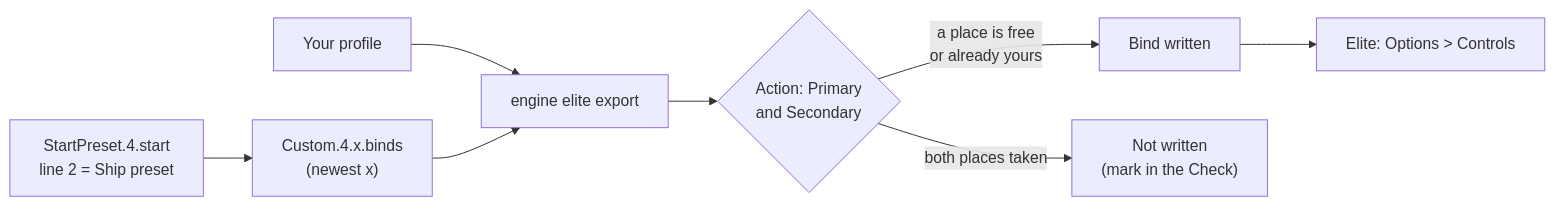
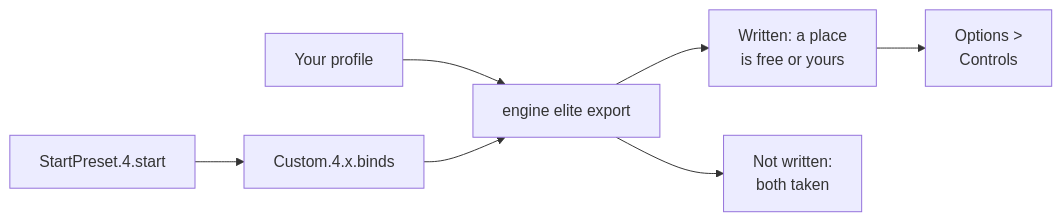
One commit to Holdi601/JoystickProfiler2 changed the diagram in website/content/games/elite-dangerous.md. Above: the diagram before and after it, drawn with Mermaid. The commit also changed other lines of this file and 718 other files, not shown here.

Commit message:
JoyPro2 2.7.0

````diff
--- a/website/content/games/elite-dangerous.md
+++ b/website/content/games/elite-dangerous.md
@@ -20,10 +172,10 @@
 ```mermaid
+%% caption: Each action has two places, Primary and Secondary. JoyPro never overwrites a taken place; a bind that does not fit gets a mark in the Check. Line 2 of StartPreset.4.start names the Ship preset (the newest Custom.4.x.binds).
 flowchart LR
-  S["StartPreset.4.start<br/>line 2 = Ship preset"] --> F["Custom.4.x.binds<br/>(newest x)"]
+  S["StartPreset.4.start"] --> F["Custom.4.x.binds"]
   P["Your profile"] --> E["engine elite export"]
   F --> E
-  E --> B{"Action: Primary<br/>and Secondary"}
-  B -->|"a place is free<br/>or already yours"| W["Bind written"]
-  B -->|"both places taken"| N["Not written<br/>(mark in the Check)"]
-  W --> G["Elite: Options > Controls"]
+  E --> W["Written: a place<br/>is free or yours"]
+  E --> N["Not written:<br/>both taken"]
+  W --> G["Options ><br/>Controls"]
 ```
````
